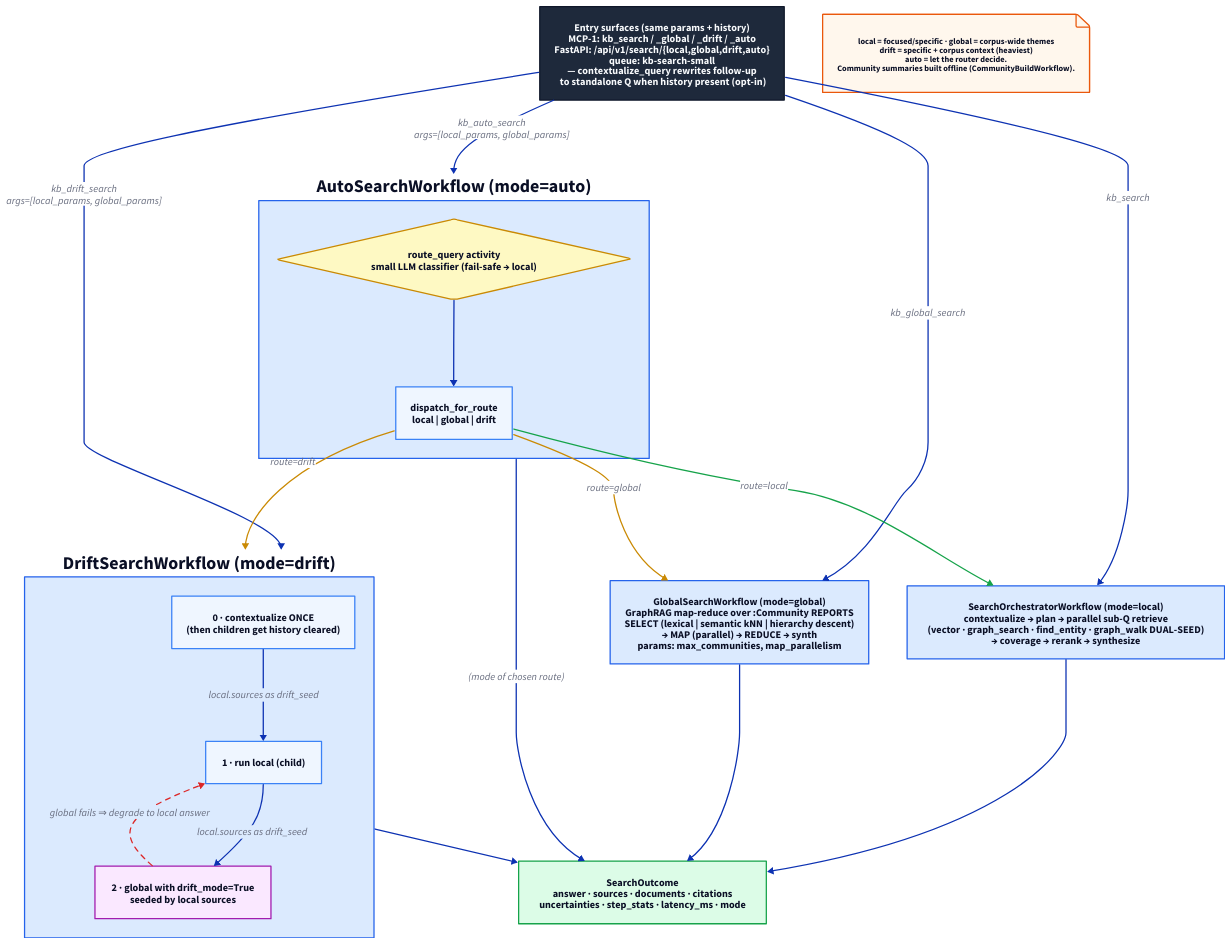
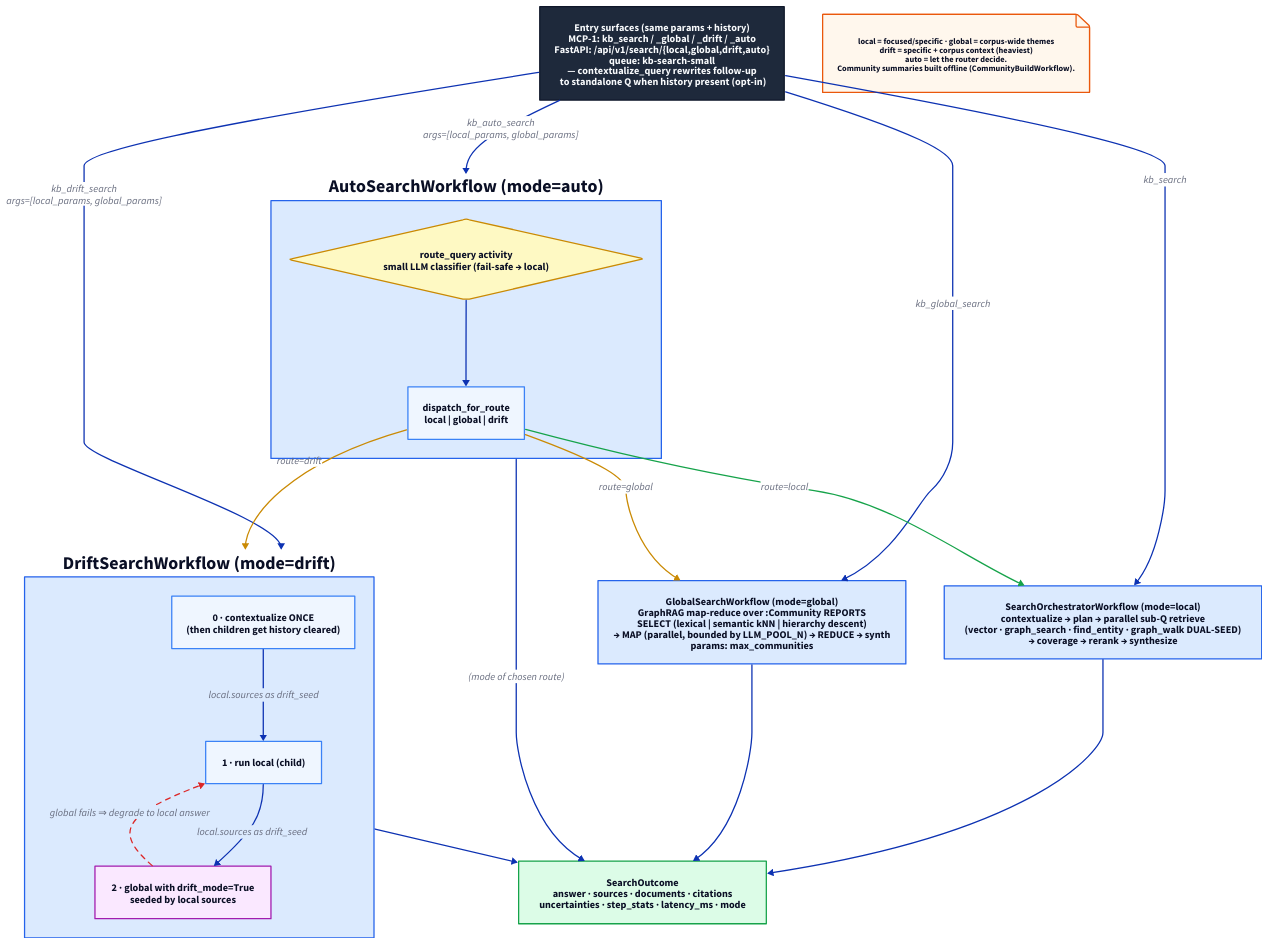
The diagram in docs/diagrams/search_modes.d2 (a-tsitanov/agent_v2), drawn with D2 before and after one commit. The commit also changed 9 other files, not shown here.

First line of the commit message:
refactor(search): remove map_parallelism; N is the single LLM throttle

```diff
--- a/docs/diagrams/search_modes.d2
+++ b/docs/diagrams/search_modes.d2
@@ -1,51 +1,51 @@
 # Search modes — local / global / drift / auto
 direction: down
 
 classes: {
   entry: { style: { fill: "#1e293b"; font-color: "#f8fafc"; stroke: "#0f172a"; bold: true } }
   wf:    { style: { fill: "#dbeafe"; stroke: "#2563eb"; bold: true } }
   step:  { style: { fill: "#eff6ff"; stroke: "#3b82f6" } }
   large: { style: { fill: "#fae8ff"; stroke: "#a21caf" } }
   dec:   { shape: diamond; style: { fill: "#fef9c3"; stroke: "#ca8a04" } }
   out:   { style: { fill: "#dcfce7"; stroke: "#16a34a"; bold: true } }
   note:  { shape: page; style: { fill: "#fff7ed"; stroke: "#ea580c"; font-size: 13 } }
 }
 
 surface: "Entry surfaces (same params + history)\nMCP-1: kb_search / _global / _drift / _auto\nFastAPI: /api/v1/search/{local,global,drift,auto}\nqueue: kb-search-small\n— contextualize_query rewrites follow-up\n  to standalone Q when history present (opt-in)" { class: entry }
 
 local: "SearchOrchestratorWorkflow  (mode=local)\ncontextualize → plan → parallel sub-Q retrieve\n(vector · graph_search · find_entity · graph_walk DUAL-SEED)\n→ coverage → rerank → synthesize" { class: wf }
 
-global: "GlobalSearchWorkflow  (mode=global)\nGraphRAG map-reduce over :Community REPORTS\nSELECT (lexical | semantic kNN | hierarchy descent)\n→ MAP (parallel) → REDUCE → synth\nparams: max_communities, map_parallelism" { class: wf }
+global: "GlobalSearchWorkflow  (mode=global)\nGraphRAG map-reduce over :Community REPORTS\nSELECT (lexical | semantic kNN | hierarchy descent)\n→ MAP (parallel, bounded by LLM_POOL_N) → REDUCE → synth\nparams: max_communities" { class: wf }
 
 drift: "DriftSearchWorkflow  (mode=drift)" {
   class: wf
   d0: "0 · contextualize ONCE\n(then children get history cleared)" { class: step }
   d1: "1 · run local (child)" { class: step }
   d2: "2 · global with drift_mode=True\nseeded by local sources" { class: large }
   d0 -> d1 -> d2: "local.sources as drift_seed"
   d2 -> d1: "global fails ⇒ degrade to local answer" { style.stroke: "#dc2626"; style.stroke-dash: 4 }
 }
 
 auto: "AutoSearchWorkflow  (mode=auto)" {
   class: wf
   route: "route_query activity\nsmall LLM classifier (fail-safe → local)" { class: dec }
   disp: "dispatch_for_route\nlocal | global | drift" { class: step }
   route -> disp
 }
 
 surface -> local: "kb_search"
 surface -> global: "kb_global_search"
 surface -> drift: "kb_drift_search\nargs=[local_params, global_params]"
 surface -> auto: "kb_auto_search\nargs=[local_params, global_params]"
 
 auto.disp -> local: "route=local" { style.stroke: "#16a34a" }
 auto.disp -> global: "route=global" { style.stroke: "#ca8a04" }
 auto.disp -> drift: "route=drift" { style.stroke: "#ca8a04" }
 
 outcome: "SearchOutcome\nanswer · sources · documents · citations\nuncertainties · step_stats · latency_ms · mode" { class: out }
 local -> outcome
 global -> outcome
 drift -> outcome
 auto -> outcome: "(mode of chosen route)"
 
 note: "local = focused/specific · global = corpus-wide themes\ndrift = specific + corpus context (heaviest)\nauto = let the router decide.\nCommunity summaries built offline (CommunityBuildWorkflow)." { class: note }
```
